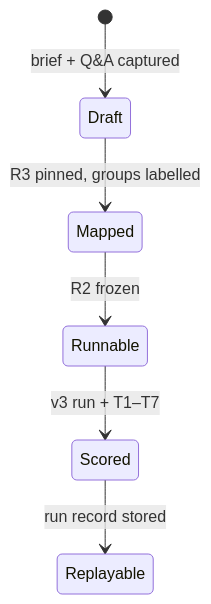
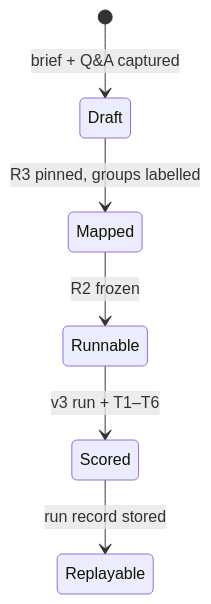
One commit to Solstice-Health/engineering-specs changed the sixth of 6 diagrams in plans/SOL-3155-claim-retrieval-evals.md. Above: the diagram before and after it, drawn with Mermaid. The commit also changed other lines of this file, not shown here.

````diff
--- a/plans/SOL-3155-claim-retrieval-evals.md
+++ b/plans/SOL-3155-claim-retrieval-evals.md
@@ -300,8 +308,8 @@
 ```mermaid
 stateDiagram-v2
     [*] --> Draft: brief + Q&A captured
     Draft --> Mapped: R3 pinned, groups labelled
     Mapped --> Runnable: R2 frozen
-    Runnable --> Scored: v3 run + T1–T7
+    Runnable --> Scored: v3 run + T1–T6
     Scored --> Replayable: run record stored
 ```
````
